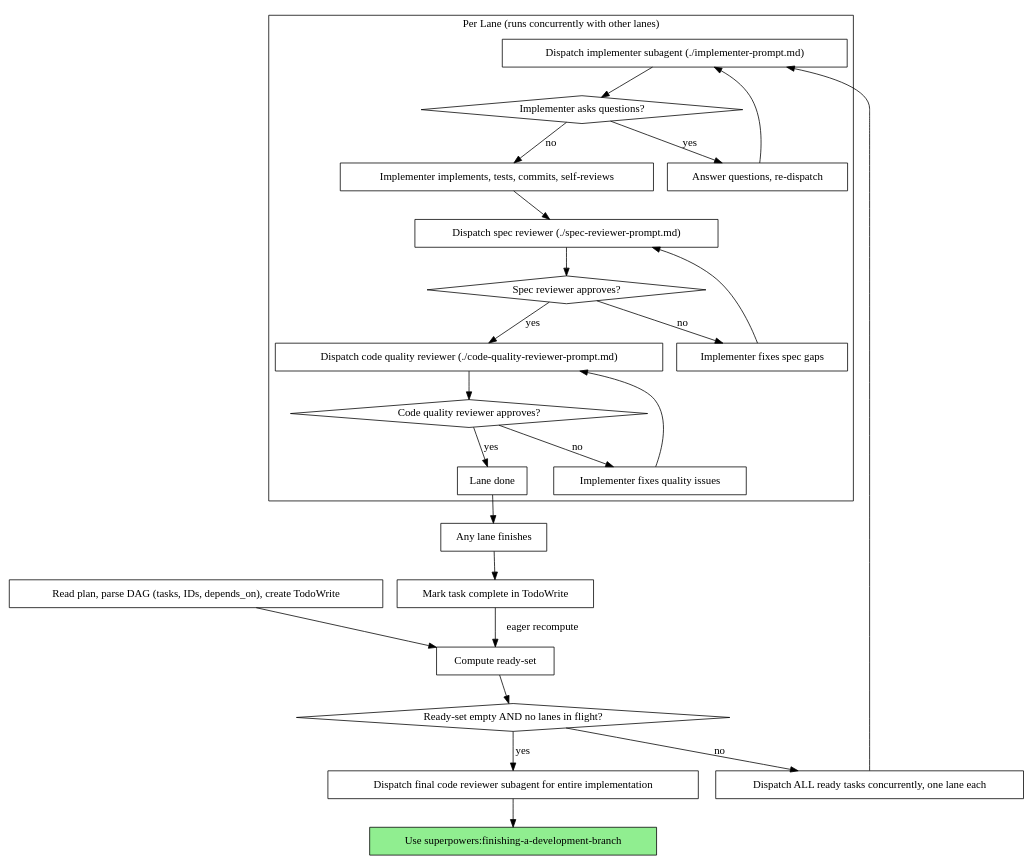
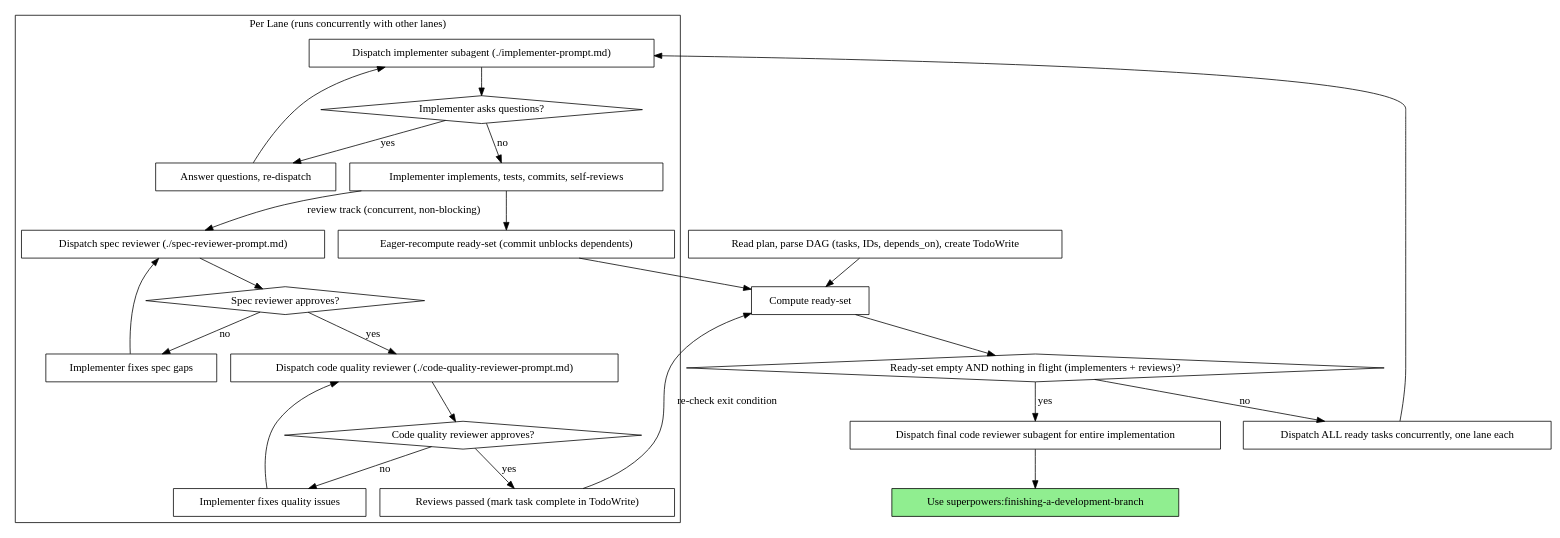
One commit to kimjg1119/superpowers changed the second of 2 diagrams in skills/subagent-driven-development/SKILL.md. Above: the diagram before and after it, drawn with Graphviz. The commit also changed other lines of this file and 7 other files, not shown here.

First line of the commit message:
feat: make reviews non-blocking in subagent-driven-development, add commit-race guidance

````diff
--- a/skills/subagent-driven-development/SKILL.md
+++ b/skills/subagent-driven-development/SKILL.md
@@ -45,55 +45,55 @@
 ```dot
 digraph process {
     rankdir=TB;
 
     "Read plan, parse DAG (tasks, IDs, depends_on), create TodoWrite" [shape=box];
     "Compute ready-set" [shape=box];
-    "Ready-set empty AND no lanes in flight?" [shape=diamond];
+    "Ready-set empty AND nothing in flight (implementers + reviews)?" [shape=diamond];
     "Dispatch ALL ready tasks concurrently, one lane each" [shape=box];
-    "Any lane finishes" [shape=box];
-    "Mark task complete in TodoWrite" [shape=box];
     "Dispatch final code reviewer subagent for entire implementation" [shape=box];
     "Use superpowers:finishing-a-development-branch" [shape=box style=filled fillcolor=lightgreen];
 
     subgraph cluster_lane {
         label="Per Lane (runs concurrently with other lanes)";
         "Dispatch implementer subagent (./implementer-prompt.md)" [shape=box];
         "Implementer asks questions?" [shape=diamond];
         "Answer questions, re-dispatch" [shape=box];
         "Implementer implements, tests, commits, self-reviews" [shape=box];
+        "Eager-recompute ready-set (commit unblocks dependents)" [shape=box];
         "Dispatch spec reviewer (./spec-reviewer-prompt.md)" [shape=box];
         "Spec reviewer approves?" [shape=diamond];
         "Implementer fixes spec gaps" [shape=box];
         "Dispatch code quality reviewer (./code-quality-reviewer-prompt.md)" [shape=box];
         "Code quality reviewer approves?" [shape=diamond];
         "Implementer fixes quality issues" [shape=box];
-        "Lane done" [shape=box];
+        "Reviews passed (mark task complete in TodoWrite)" [shape=box];
     }
 
     "Read plan, parse DAG (tasks, IDs, depends_on), create TodoWrite" -> "Compute ready-set";
-    "Compute ready-set" -> "Ready-set empty AND no lanes in flight?";
-    "Ready-set empty AND no lanes in flight?" -> "Dispatch final code reviewer subagent for entire implementation" [label="yes"];
-    "Ready-set empty AND no lanes in flight?" -> "Dispatch ALL ready tasks concurrently, one lane each" [label="no"];
+    "Compute ready-set" -> "Ready-set empty AND nothing in flight (implementers + reviews)?";
+    "Ready-set empty AND nothing in flight (implementers + reviews)?" -> "Dispatch final code reviewer subagent for entire implementation" [label="yes"];
+    "Ready-set empty AND nothing in flight (implementers + reviews)?" -> "Dispatch ALL ready tasks concurrently, one lane each" [label="no"];
     "Dispatch ALL ready tasks concurrently, one lane each" -> "Dispatch implementer subagent (./implementer-prompt.md)";
 
     "Dispatch implementer subagent (./implementer-prompt.md)" -> "Implementer asks questions?";
     "Implementer asks questions?" -> "Answer questions, re-dispatch" [label="yes"];
     "Answer questions, re-dispatch" -> "Dispatch implementer subagent (./implementer-prompt.md)";
     "Implementer asks questions?" -> "Implementer implements, tests, commits, self-reviews" [label="no"];
-    "Implementer implements, tests, commits, self-reviews" -> "Dispatch spec reviewer (./spec-reviewer-prompt.md)";
+
+    "Implementer implements, tests, commits, self-reviews" -> "Eager-recompute ready-set (commit unblocks dependents)";
+    "Eager-recompute ready-set (commit unblocks dependents)" -> "Compute ready-set";
+    "Implementer implements, tests, commits, self-reviews" -> "Dispatch spec reviewer (./spec-reviewer-prompt.md)" [label="review track (concurrent, non-blocking)"];
+
     "Dispatch spec reviewer (./spec-reviewer-prompt.md)" -> "Spec reviewer approves?";
     "Spec reviewer approves?" -> "Implementer fixes spec gaps" [label="no"];
     "Implementer fixes spec gaps" -> "Dispatch spec reviewer (./spec-reviewer-prompt.md)";
     "Spec reviewer approves?" -> "Dispatch code quality reviewer (./code-quality-reviewer-prompt.md)" [label="yes"];
     "Dispatch code quality reviewer (./code-quality-reviewer-prompt.md)" -> "Code quality reviewer approves?";
     "Code quality reviewer approves?" -> "Implementer fixes quality issues" [label="no"];
     "Implementer fixes quality issues" -> "Dispatch code quality reviewer (./code-quality-reviewer-prompt.md)";
-    "Code quality reviewer approves?" -> "Lane done" [label="yes"];
-
-    "Lane done" -> "Any lane finishes";
-    "Any lane finishes" -> "Mark task complete in TodoWrite";
-    "Mark task complete in TodoWrite" -> "Compute ready-set" [label="eager recompute"];
+    "Code quality reviewer approves?" -> "Reviews passed (mark task complete in TodoWrite)" [label="yes"];
+    "Reviews passed (mark task complete in TodoWrite)" -> "Compute ready-set" [label="re-check exit condition"];
 
     "Dispatch final code reviewer subagent for entire implementation" -> "Use superpowers:finishing-a-development-branch";
 }
 ```
````
